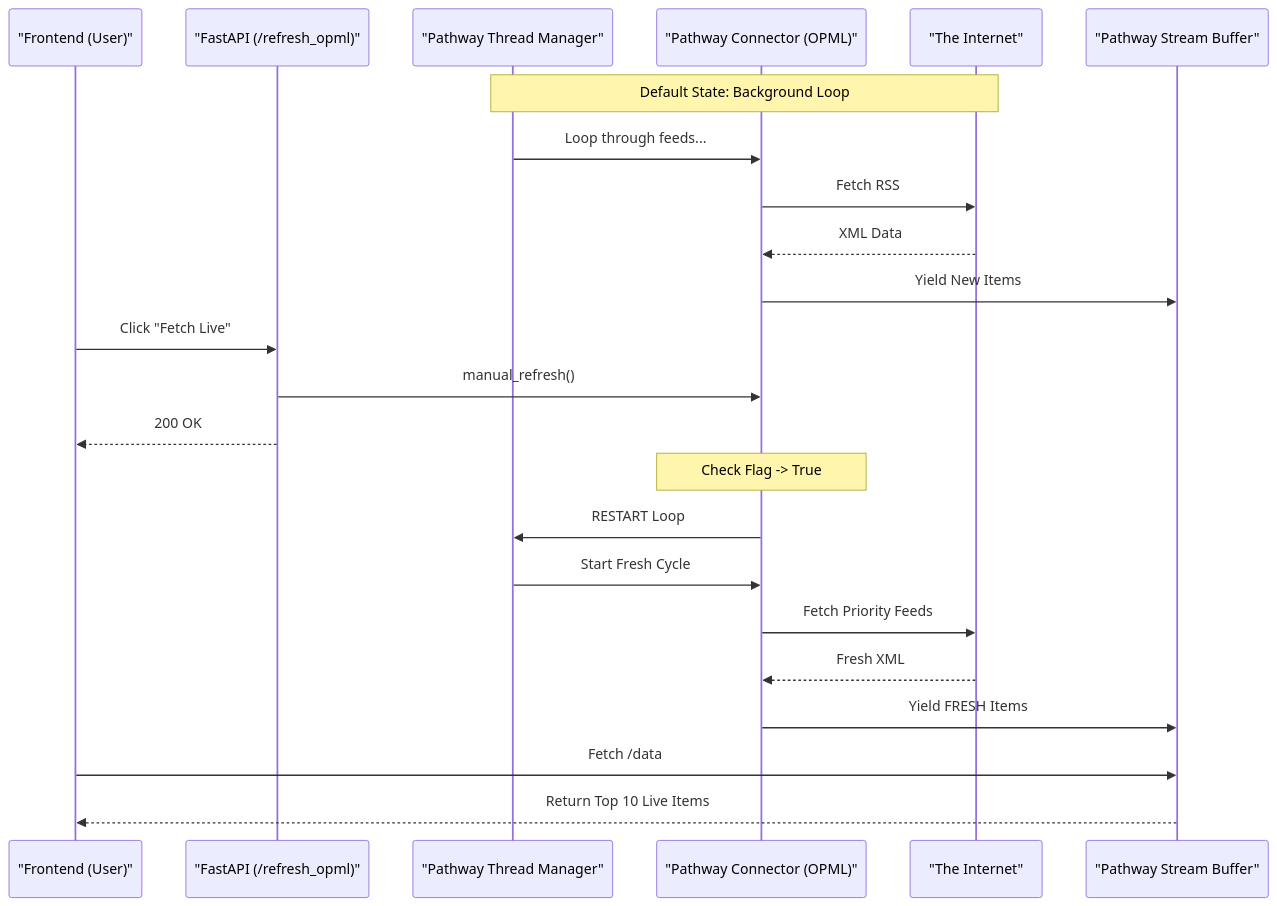
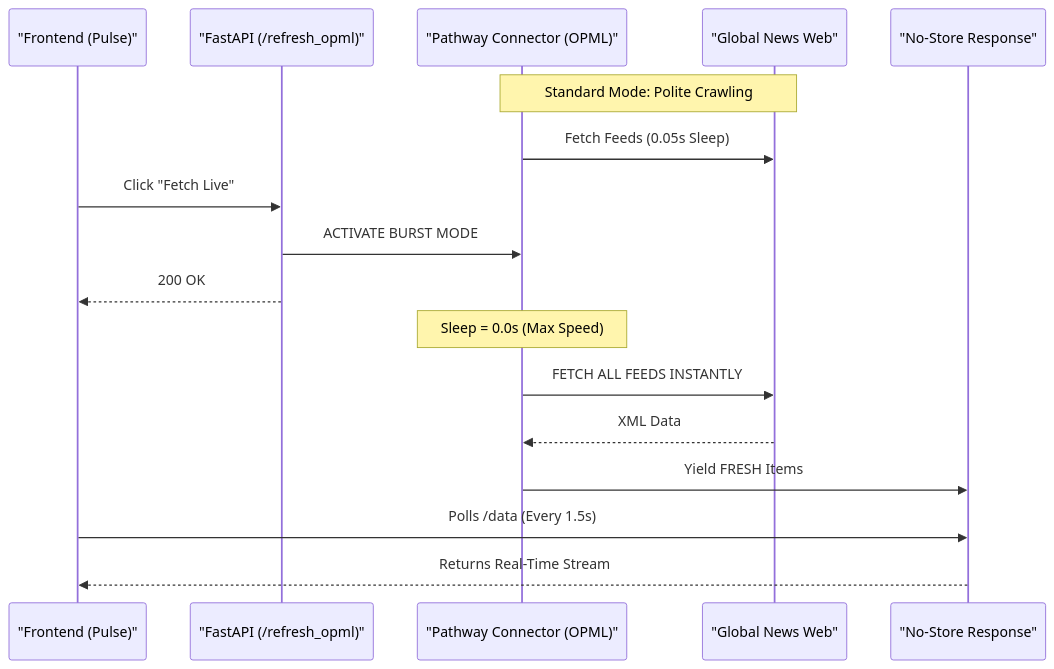
One commit to atharvavdeo/LiveAnalyst_Pathway changed the second of 2 diagrams in README.md. Above: the diagram before and after it, drawn with Mermaid. The commit also changed other lines of this file and 23 other files, not shown here.

Commit message:
feat: Release v2.0 - Firehose Ingestion, Burst Mode, Real-Time Polling & Architecture Cleanup

````diff
--- a/README.md
+++ b/README.md
@@ -99,30 +92,23 @@
 ```mermaid
 sequenceDiagram
-    participant User as "Frontend (User)"
+    participant User as "Frontend (Pulse)"
     participant API as "FastAPI (/refresh_opml)"
-    participant Thread as "Pathway Thread Manager"
     participant Engine as "Pathway Connector (OPML)"
-    participant Web as "The Internet"
-    participant Store as "Pathway Stream Buffer"
+    participant Web as "Global News Web"
+    participant Cache as "No-Store Response"
 
-    Note over Thread, Web: Default State: Background Loop
-    Thread->>Engine: Loop through feeds...
-    Engine->>Web: Fetch RSS
-    Web-->>Engine: XML Data
-    Engine->>Store: Yield New Items
-
+    Note over Engine, Web: Standard Mode: Polite Crawling
+    Engine->>Web: Fetch Feeds (0.05s Sleep)
+    
     User->>API: Click "Fetch Live"
-    API->>Engine: manual_refresh()
+    API->>Engine: ACTIVATE BURST MODE
     API-->>User: 200 OK
     
-    Note over Engine: Check Flag -> True
-    Engine->>Thread: RESTART Loop
+    Note over Engine: Sleep = 0.0s (Max Speed)
+    Engine->>Web: FETCH ALL FEEDS INSTANTLY
+    Web-->>Engine: XML Data
+    Engine->>Cache: Yield FRESH Items
     
-    Thread->>Engine: Start Fresh Cycle
-    Engine->>Web: Fetch Priority Feeds
-    Web-->>Engine: Fresh XML
-    Engine->>Store: Yield FRESH Items
-    
-    User->>Store: Fetch /data
-    Store-->>User: Return Top 10 Live Items
+    User->>Cache: Polls /data (Every 1.5s)
+    Cache-->>User: Returns Real-Time Stream
 ```
````
